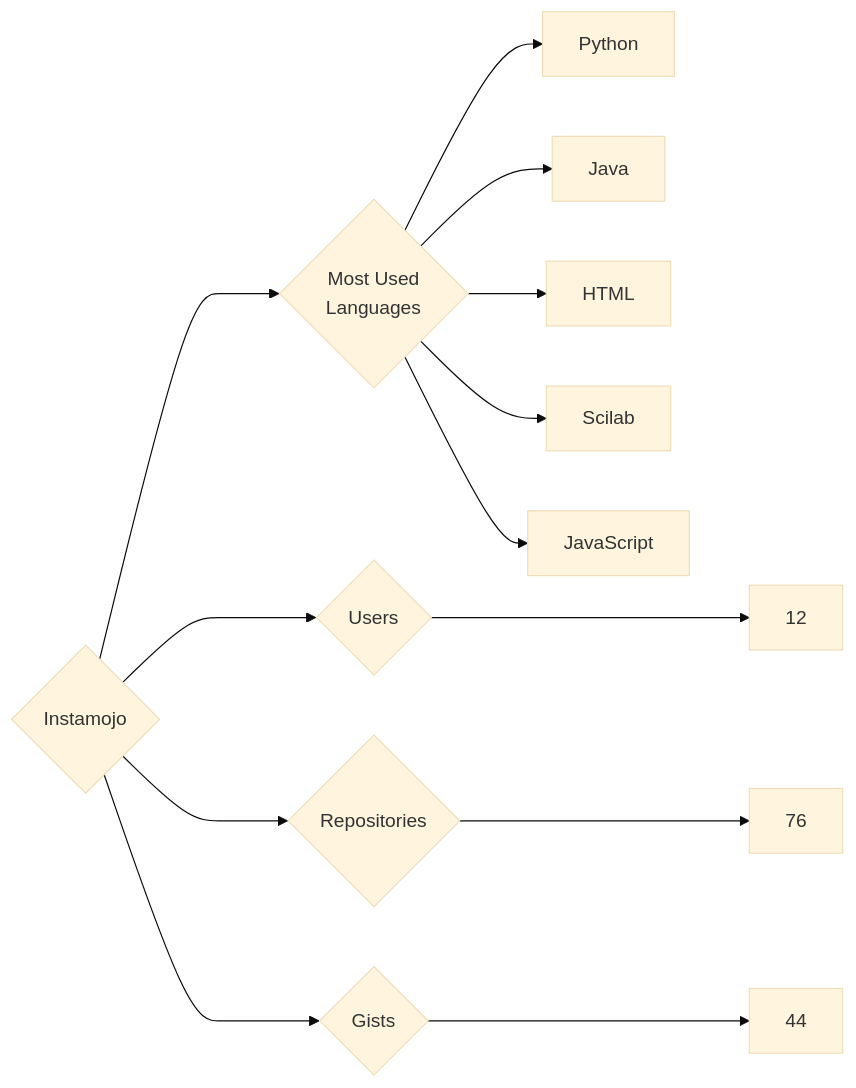
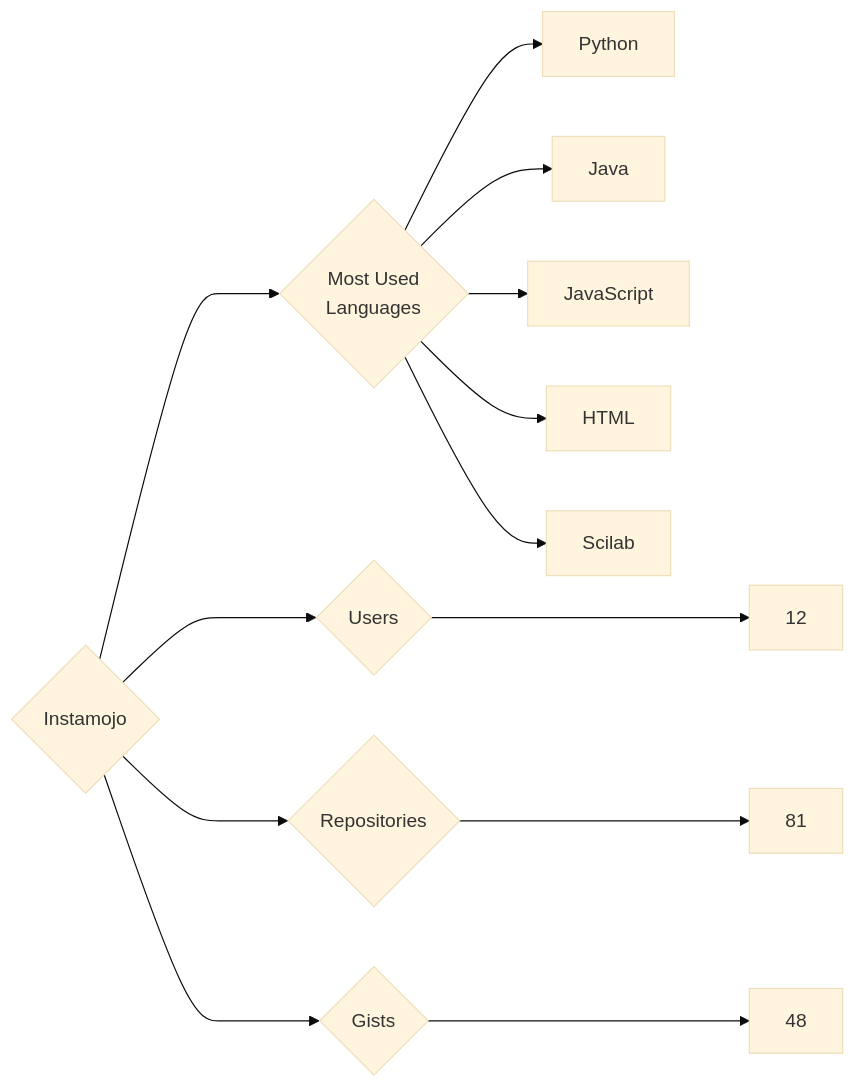
Before and after one commit to trickest/insiders: the diagram in targets/Instamojo/README.md, drawn with Mermaid (base theme). The commit also changed 872 other files, not shown here.

````diff
--- a/targets/Instamojo/README.md
+++ b/targets/Instamojo/README.md
@@ -3,13 +3,13 @@
 ```mermaid
 graph LR
 COMPANY_NAME{Instamojo}
 COMPANY_NAME ---> U{Users} ---> UN[12]
-COMPANY_NAME ---> R{Repositories} ---> RN[76]
-COMPANY_NAME ---> G{Gists} ---> GN[44]
+COMPANY_NAME ---> R{Repositories} ---> RN[81]
+COMPANY_NAME ---> G{Gists} ---> GN[48]
 COMPANY_NAME ---> ML{Most Used<br>Languages}
 ML --> Python[Python]
 ML --> Java[Java]
+ML --> JavaScript[JavaScript]
 ML --> HTML[HTML]
 ML --> Scilab[Scilab]
-ML --> JavaScript[JavaScript]
 ```
````
